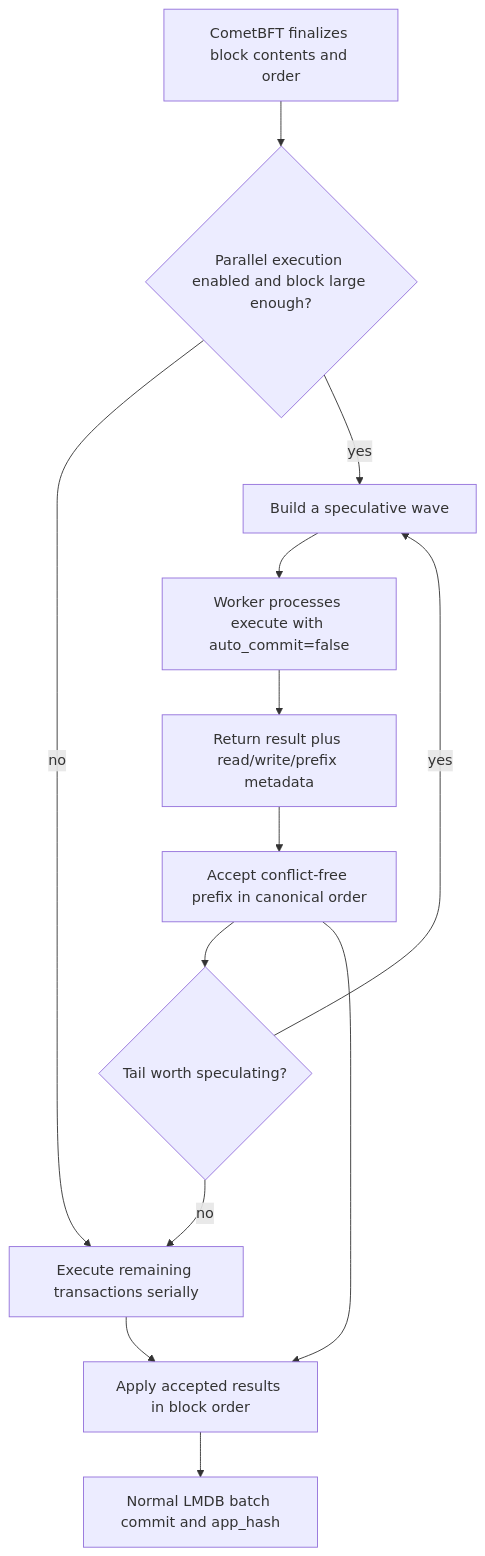
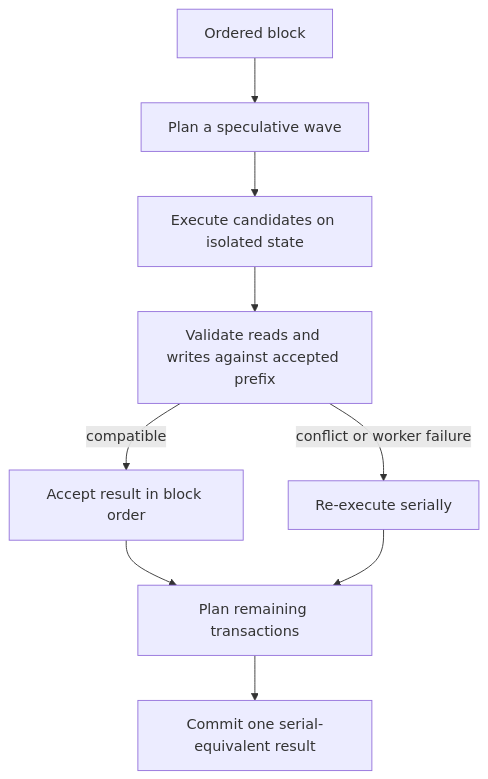
One commit to xian-technology/xian-docs-web changed the diagram in concepts/parallel-block-execution.md. Above: the diagram before and after it, drawn with Mermaid. The commit also changed other lines of this file and 77 other files, not shown here.

````diff
--- a/concepts/parallel-block-execution.md
+++ b/concepts/parallel-block-execution.md
@@ -41,26 +11,11 @@
 ```mermaid
 flowchart TD
-  Block["CometBFT finalizes block contents and order"]
-  Gate{"Parallel execution enabled and block large enough?"}
-  Serial["Execute remaining transactions serially"]
-  Wave["Build a speculative wave"]
-  Workers["Worker processes execute with auto_commit=false"]
-  Metadata["Return result plus read/write/prefix metadata"]
-  Accept["Accept conflict-free prefix in canonical order"]
-  Tail{"Tail worth speculating?"}
-  Apply["Apply accepted results in block order"]
-  Commit["Normal LMDB batch commit and app_hash"]
-
-  Block --> Gate
-  Gate -->|no| Serial
-  Gate -->|yes| Wave
-  Wave --> Workers
-  Workers --> Metadata
-  Metadata --> Accept
-  Accept --> Tail
-  Tail -->|yes| Wave
-  Tail -->|no| Serial
-  Accept --> Apply
-  Serial --> Apply
-  Apply --> Commit
+  Block["Ordered block"] --> Plan["Plan a speculative wave"]
+  Plan --> Workers["Execute candidates on isolated state"]
+  Workers --> Check["Validate reads and writes against accepted prefix"]
+  Check -->|compatible| Accept["Accept result in block order"]
+  Check -->|conflict or worker failure| Serial["Re-execute serially"]
+  Accept --> Next["Plan remaining transactions"]
+  Serial --> Next
+  Next --> Commit["Commit one serial-equivalent result"]
 ```
````
